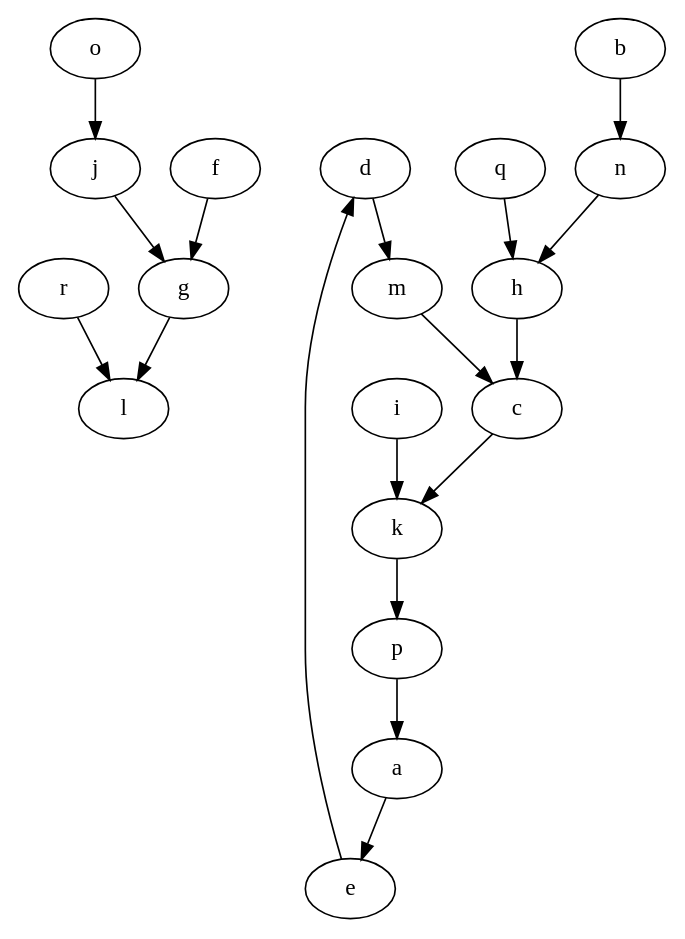
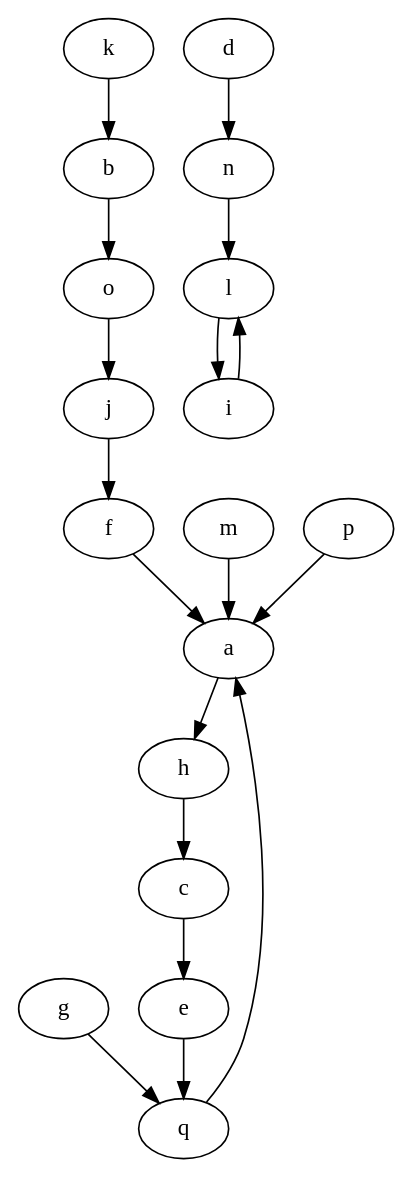
One commit to ClayDowling/llintersections changed the diagram in samples/graphG.gv. Above: the diagram before and after it, drawn with Graphviz. The commit also changed 23 other files, not shown here.

```diff
--- a/samples/graphG.gv
+++ b/samples/graphG.gv
@@ -1,19 +1,19 @@
 digraph intersection {
-  g -> l
+  a -> h
+  l -> i
+  n -> l
+  q -> a
+  c -> e
+  e -> q
+  f -> a
+  h -> c
+  b -> o
+  d -> n
+  g -> q
+  k -> b
+  i -> l
+  m -> a
   o -> j
-  d -> m
-  i -> k
-  j -> g
-  q -> h
-  c -> k
-  n -> h
-  b -> n
-  a -> e
-  r -> l
-  f -> g
-  h -> c
-  m -> c
-  e -> d
-  k -> p
+  j -> f
   p -> a
 }
```
